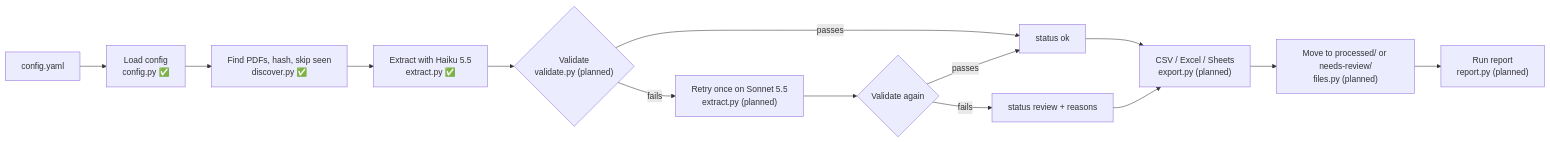
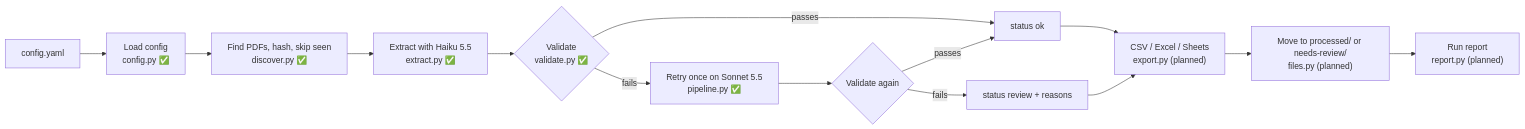
The first of 4 diagrams in ARCHITECTURE.md (yahani/ibis), drawn with Mermaid before and after one commit. The commit also changed other lines of this file and 2 other files, not shown here.

Commit message:
PROGRESS.md and ARCHITECTURE.md for session 3

````diff
--- a/ARCHITECTURE.md
+++ b/ARCHITECTURE.md
@@ -19,16 +19,16 @@
 ```mermaid
 flowchart LR
     cfg[config.yaml] --> load["Load config<br/>config.py ✅"]
     load --> find["Find PDFs, hash, skip seen<br/>discover.py ✅"]
     find --> extract["Extract with Haiku 5.5<br/>extract.py ✅"]
-    extract --> check{"Validate<br/>validate.py (planned)"}
-    check -- fails --> retry["Retry once on Sonnet 5.5<br/>extract.py (planned)"]
+    extract --> check{"Validate<br/>validate.py ✅"}
+    check -- fails --> retry["Retry once on Sonnet 5.5<br/>pipeline.py ✅"]
     retry --> check2{"Validate again"}
     check -- passes --> ok["status ok"]
     check2 -- passes --> ok
     check2 -- fails --> review["status review + reasons"]
     ok --> export["CSV / Excel / Sheets<br/>export.py (planned)"]
     review --> export
     export --> move["Move to processed/ or needs-review/<br/>files.py (planned)"]
     move --> report["Run report<br/>report.py (planned)"]
 ```
````
